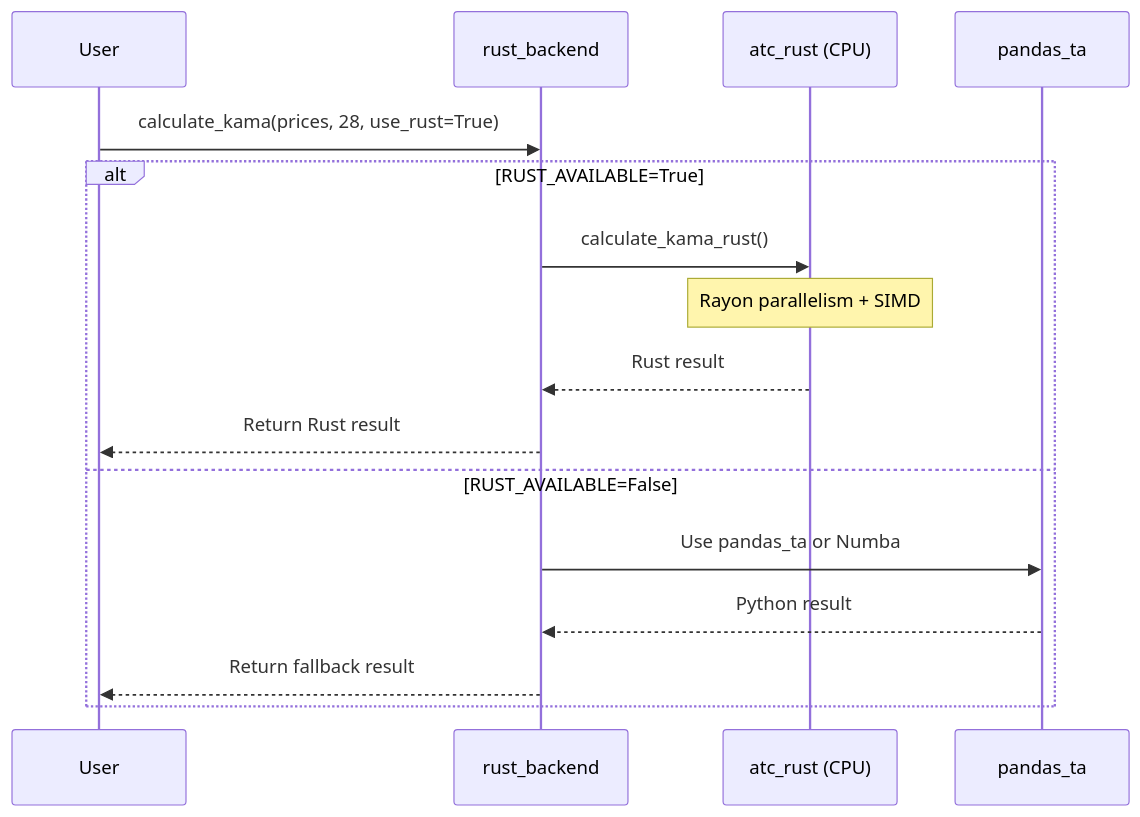
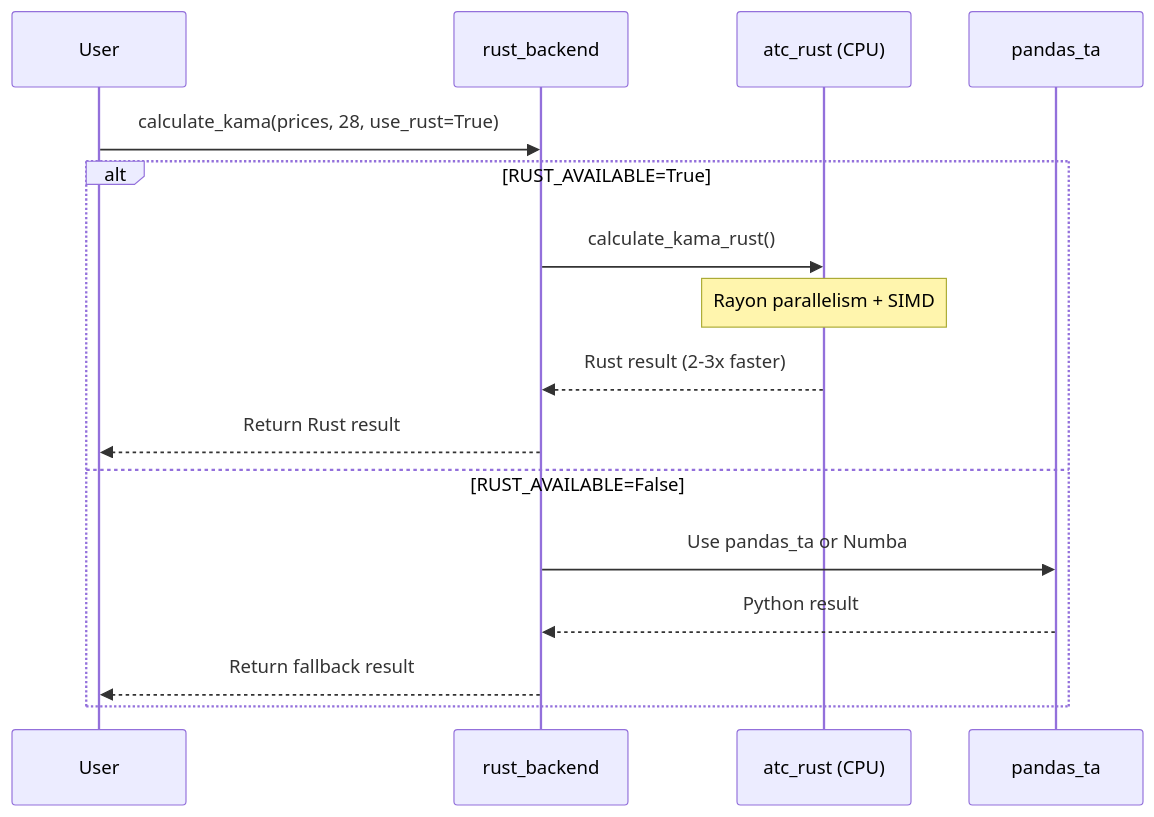
The fifth of 11 diagrams in modules/adaptive_trend_LTS_mini/docs/optimization_flow_diagram.md (Nguyenthang2292/Sovereign-IQ), drawn with Mermaid before and after one commit. The commit also changed other lines of this file and 167 other files, not shown here.

````diff
--- a/modules/adaptive_trend_LTS_mini/docs/optimization_flow_diagram.md
+++ b/modules/adaptive_trend_LTS_mini/docs/optimization_flow_diagram.md
@@ -280,20 +241,20 @@
 ```mermaid
 sequenceDiagram
     participant User
     participant Backend as rust_backend
     participant RustCPU as atc_rust (CPU)
     participant Fallback as pandas_ta
 
     User->>Backend: calculate_kama(prices, 28, use_rust=True)
 
     alt RUST_AVAILABLE=True
         Backend->>RustCPU: calculate_kama_rust()
         Note over RustCPU: Rayon parallelism + SIMD
-        RustCPU-->>Backend: Rust result
+        RustCPU-->>Backend: Rust result (2-3x faster)
         Backend-->>User: Return Rust result
     else RUST_AVAILABLE=False
         Backend->>Fallback: Use pandas_ta or Numba
         Fallback-->>Backend: Python result
         Backend-->>User: Return fallback result
     end
 ```
````
